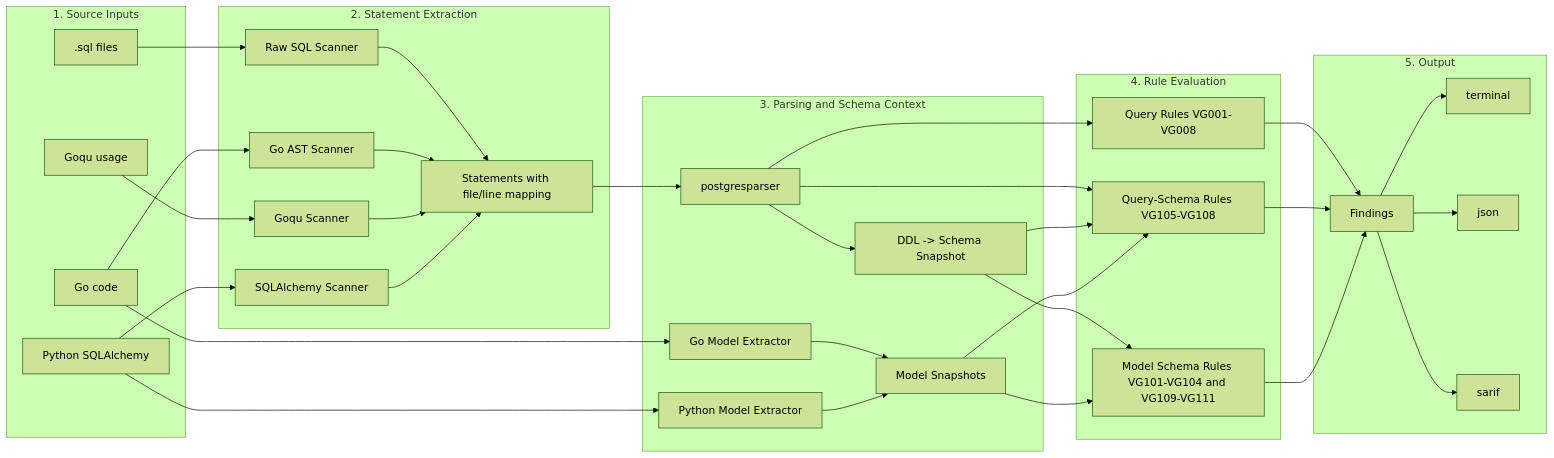
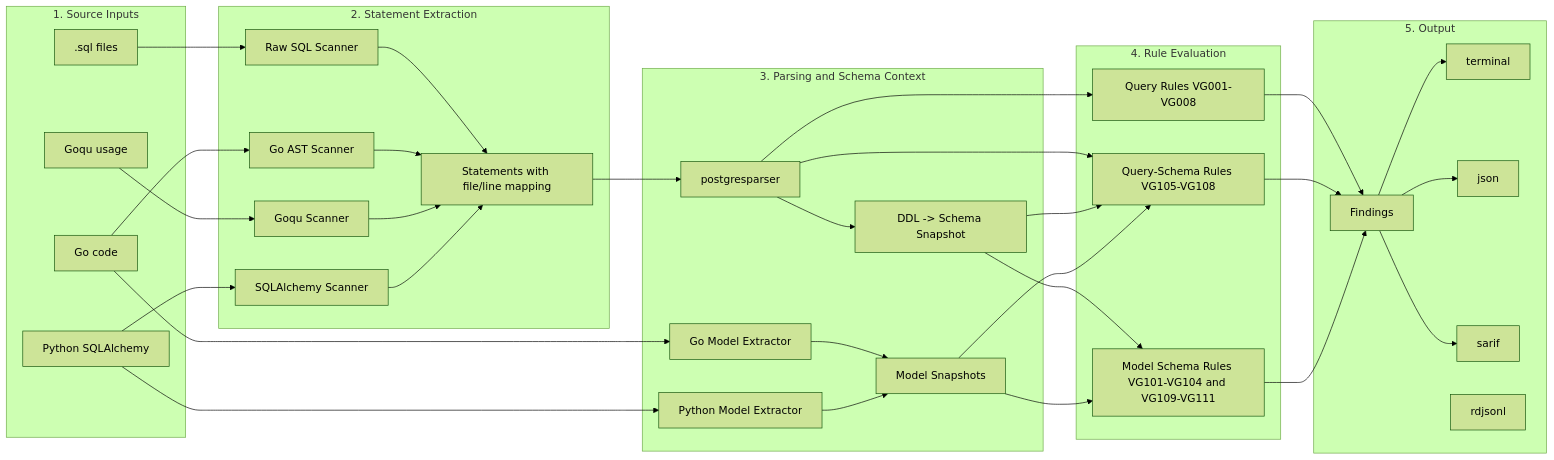
Before and after one commit to ValkDB/valk-guard: the diagram in README.md, drawn with Mermaid (forest theme). The commit also changed other lines of this file and 64 other files, not shown here.

````diff
--- a/README.md
+++ b/README.md
@@ -266,63 +285,64 @@
 ```mermaid
 flowchart LR
   subgraph S1["1. Source Inputs"]
     A1[".sql files"]
     A2["Go code"]
     A3["Goqu usage"]
     A4["Python SQLAlchemy"]
   end
 
   subgraph S2["2. Statement Extraction"]
     B1["Raw SQL Scanner"]
     B2["Go AST Scanner"]
     B3["Goqu Scanner"]
     B4["SQLAlchemy Scanner"]
     B5["Statements with file/line mapping"]
   end
 
   subgraph S3["3. Parsing and Schema Context"]
     C1["postgresparser"]
     C2["DDL -> Schema Snapshot"]
     C3["Go Model Extractor"]
     C4["Python Model Extractor"]
     C5["Model Snapshots"]
   end
 
   subgraph S4["4. Rule Evaluation"]
     D1["Query Rules VG001-VG008"]
     D2["Query-Schema Rules VG105-VG108"]
     D3["Model Schema Rules VG101-VG104 and VG109-VG111"]
   end
 
   subgraph S5["5. Output"]
     E0["Findings"]
     E1["terminal"]
     E2["json"]
     E3["sarif"]
+    E4["rdjsonl"]
   end
 
   A1 --> B1 --> B5
   A2 --> B2 --> B5
   A3 --> B3 --> B5
   A4 --> B4 --> B5
 
   B5 --> C1
   C1 --> D1
   C1 --> C2
   C1 --> D2
 
   A2 --> C3 --> C5
   A4 --> C4 --> C5
 
   C2 --> D2
   C5 --> D2
   C2 --> D3
   C5 --> D3
 
   D1 --> E0
   D2 --> E0
   D3 --> E0
   E0 --> E1
   E0 --> E2
   E0 --> E3
 ```
````
